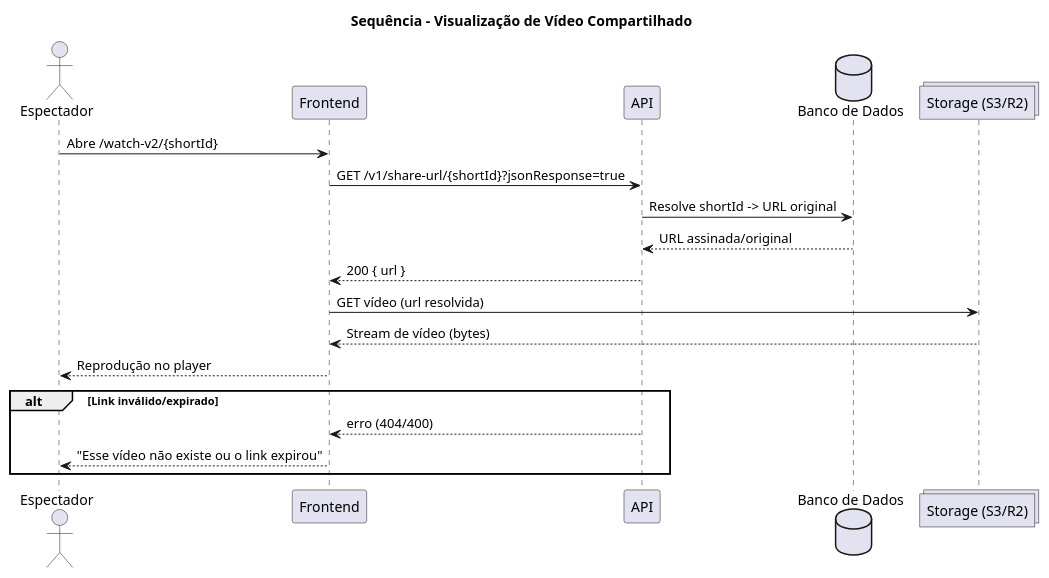
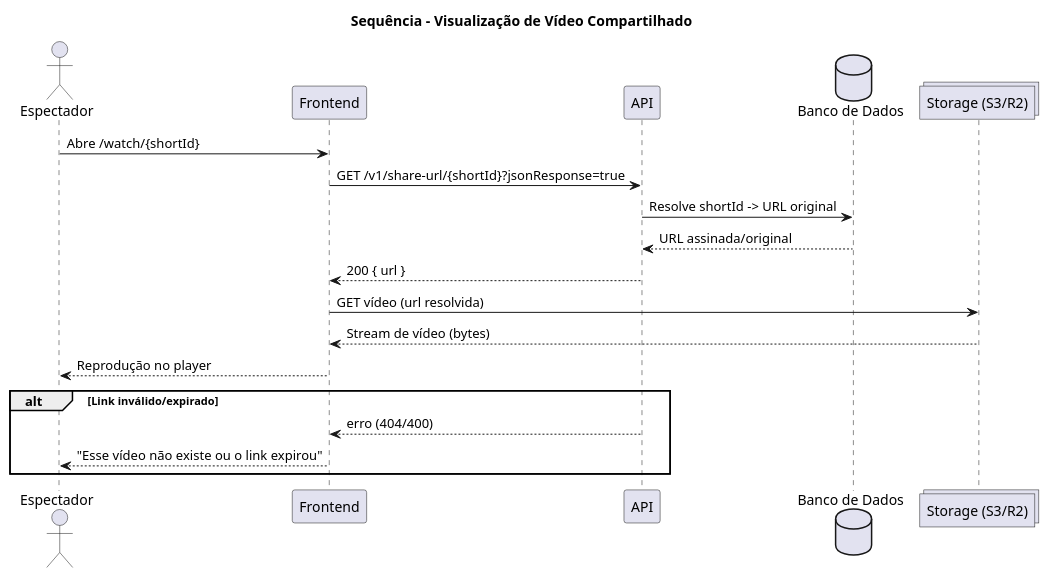
Before and after one commit to vitorweirich/ads-projeto-integrador: the diagram in docs/diagramas/diagrama-sequencia-visualizacao.puml, drawn with PlantUML. The commit also changed 64 other files, not shown here.

```diff
--- a/docs/diagramas/diagrama-sequencia-visualizacao.puml
+++ b/docs/diagramas/diagrama-sequencia-visualizacao.puml
@@ -1,24 +1,24 @@
 @startuml
 title Sequência - Visualização de Vídeo Compartilhado
 
 actor "Espectador" as V
 participant "Frontend" as FE
 participant "API" as API
 database "Banco de Dados" as DB
 collections "Storage (S3/R2)" as ST
 
-V -> FE: Abre /watch-v2/{shortId}
+V -> FE: Abre /watch/{shortId}
 FE -> API: GET /v1/share-url/{shortId}?jsonResponse=true
 API -> DB: Resolve shortId -> URL original
 DB --> API: URL assinada/original
 API --> FE: 200 { url }
 
 FE -> ST: GET vídeo (url resolvida)
 ST --> FE: Stream de vídeo (bytes)
 FE --> V: Reprodução no player
 
 alt Link inválido/expirado
   API --> FE: erro (404/400)
   FE --> V: "Esse vídeo não existe ou o link expirou"
 end
 @enduml
```
